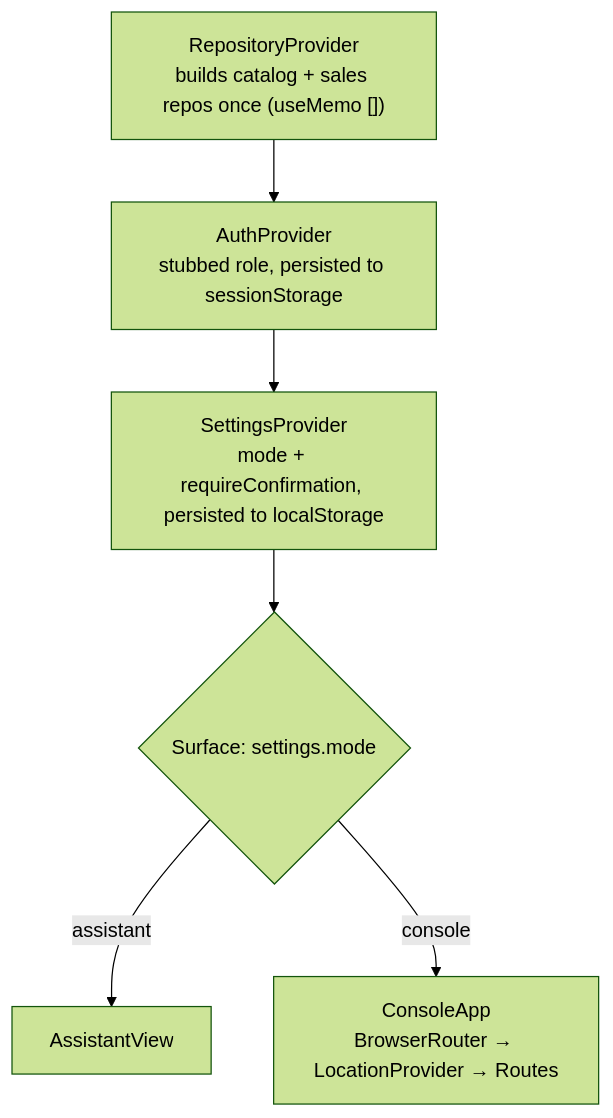
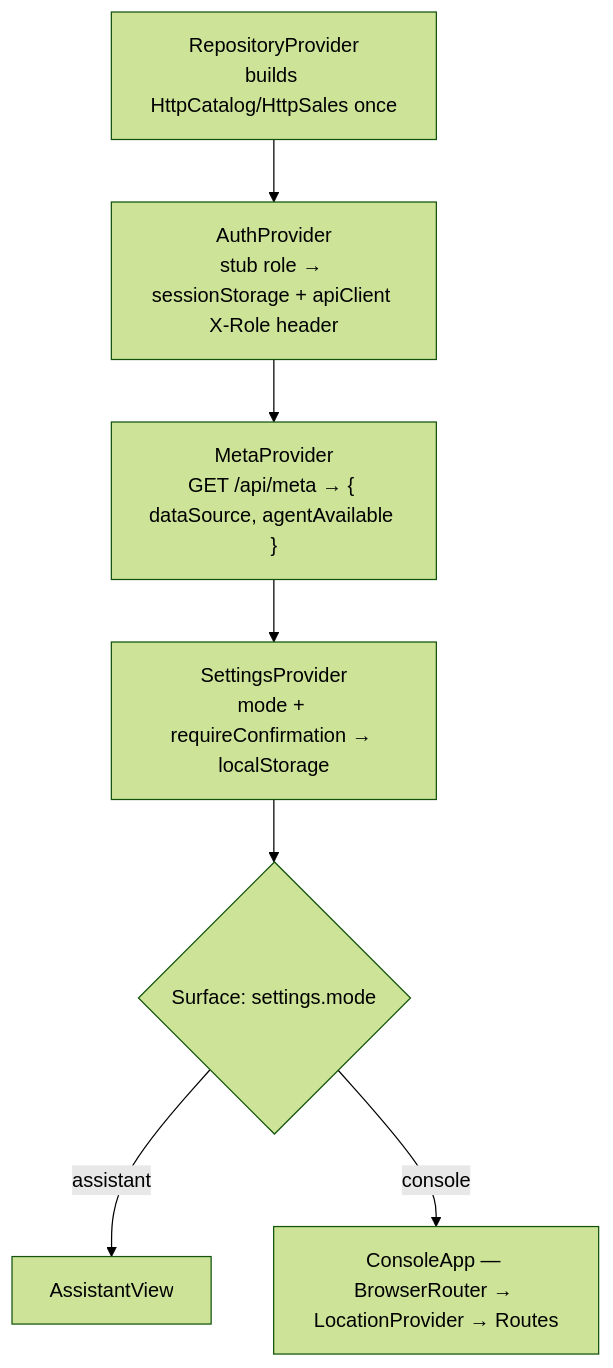
One commit to daniel-citrus/CapheVietPOS changed the second of 5 diagrams in ARCHITECTURE.md. Above: the diagram before and after it, drawn with Mermaid (forest theme). The commit also changed other lines of this file and 4 other files, not shown here.

````diff
--- a/ARCHITECTURE.md
+++ b/ARCHITECTURE.md
@@ -91,12 +94,11 @@
 ```mermaid
 flowchart TD
-  A["RepositoryProvider<br/>builds catalog + sales repos once (useMemo [])"]
-  B["AuthProvider<br/>stubbed role, persisted to sessionStorage"]
-  C["SettingsProvider<br/>mode + requireConfirmation, persisted to localStorage"]
+  A["RepositoryProvider<br/>builds HttpCatalog/HttpSales once"]
+  B["AuthProvider<br/>stub role → sessionStorage + apiClient X-Role header"]
+  M["MetaProvider<br/>GET /api/meta → { dataSource, agentAvailable }"]
+  C["SettingsProvider<br/>mode + requireConfirmation → localStorage"]
   D{"Surface: settings.mode"}
-  E["AssistantView"]
-  F["ConsoleApp<br/>BrowserRouter → LocationProvider → Routes"]
-  A --> B --> C --> D
-  D -->|assistant| E
-  D -->|console| F
+  A --> B --> M --> C --> D
+  D -->|assistant| E["AssistantView"]
+  D -->|console| F["ConsoleApp — BrowserRouter → LocationProvider → Routes"]
 ```
````
